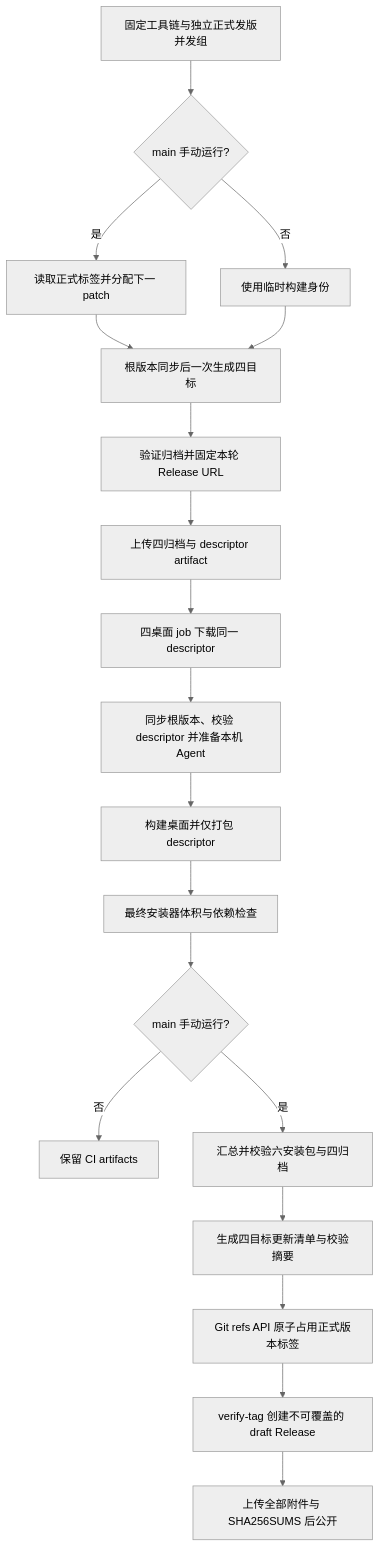
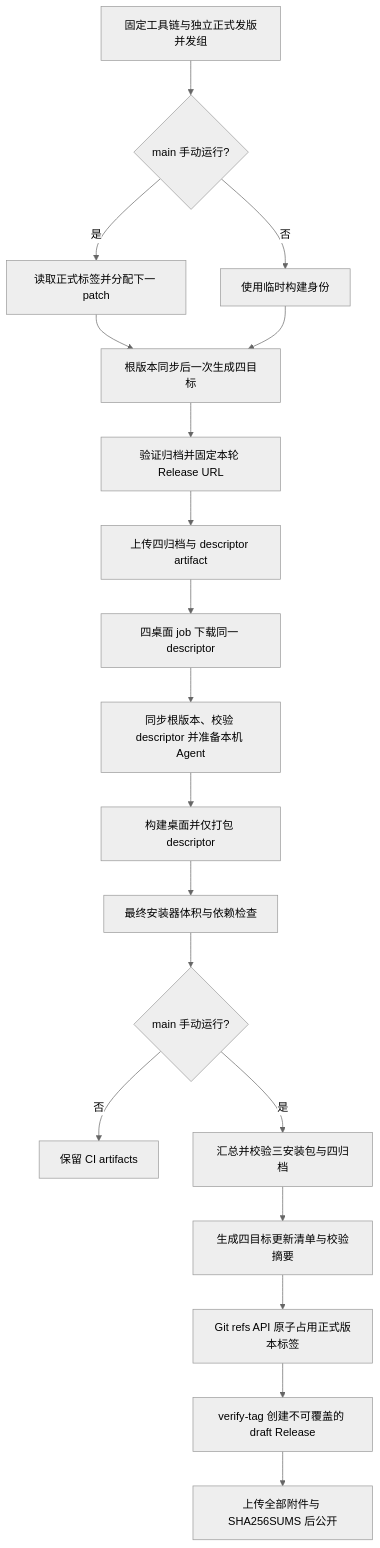
Before and after one commit to OpenX123/ZCode: the first of 2 diagrams in docs/desktop/github-release-packaging-spec.md, drawn with Mermaid (neutral theme). The commit also changed other lines of this file and 10 other files, not shown here.

````diff
--- a/docs/desktop/github-release-packaging-spec.md
+++ b/docs/desktop/github-release-packaging-spec.md
@@ -32,21 +32,21 @@
 ```mermaid
 flowchart TD
     A[固定工具链与独立正式发版并发组] --> A1{main 手动运行?}
     A1 -- 是 --> A2[读取正式标签并分配下一 patch]
     A1 -- 否 --> A3[使用临时构建身份]
     A2 --> B[根版本同步后一次生成四目标]
     A3 --> B
     B --> C[验证归档并固定本轮 Release URL]
     C --> D[上传四归档与 descriptor artifact]
     D --> E[四桌面 job 下载同一 descriptor]
     E --> F[同步根版本、校验 descriptor 并准备本机 Agent]
     F --> G[构建桌面并仅打包 descriptor]
     G --> H[最终安装器体积与依赖检查]
     H --> I{main 手动运行?}
     I -- 否 --> J[保留 CI artifacts]
-    I -- 是 --> K[汇总并校验六安装包与四归档]
+    I -- 是 --> K[汇总并校验三安装包与四归档]
     K --> K1[生成四目标更新清单与校验摘要]
     K1 --> K2[Git refs API 原子占用正式版本标签]
     K2 --> L[verify-tag 创建不可覆盖的 draft Release]
     L --> M[上传全部附件与 SHA256SUMS 后公开]
 ```
````
